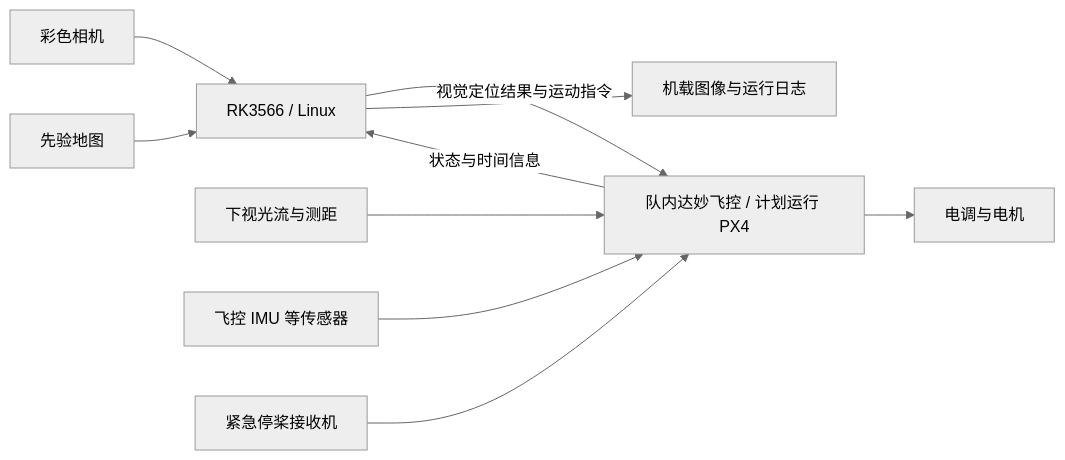
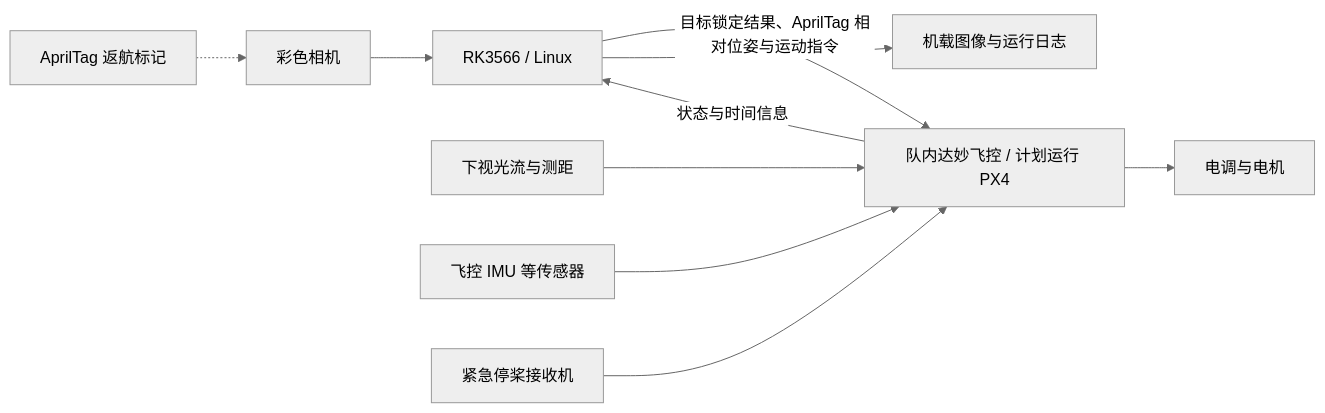
The diagram in docs/项目计划书.md (HUSTLYRM/robomaster-drone-vision), drawn with Mermaid (neutral theme) before and after one commit. The commit also changed other lines of this file and 2 other files, not shown here.

````diff
--- a/docs/项目计划书.md
+++ b/docs/项目计划书.md
@@ -49,12 +50,12 @@
 ```mermaid
 flowchart LR
     Camera[彩色相机] --> RK[RK3566 / Linux]
-    Map[先验地图] --> RK
-    RK -->|视觉定位结果与运动指令| FC[队内达妙飞控 / 计划运行 PX4]
+    Tag[AprilTag 返航标记] -.-> Camera
+    RK -->|目标锁定结果、AprilTag 相对位姿与运动指令| FC[队内达妙飞控 / 计划运行 PX4]
     FC -->|状态与时间信息| RK
     Flow[下视光流与测距] --> FC
     IMU[飞控 IMU 等传感器] --> FC
     RC[紧急停桨接收机] --> FC
     FC --> ESC[电调与电机]
     RK --> Log[机载图像与运行日志]
 ```
````
